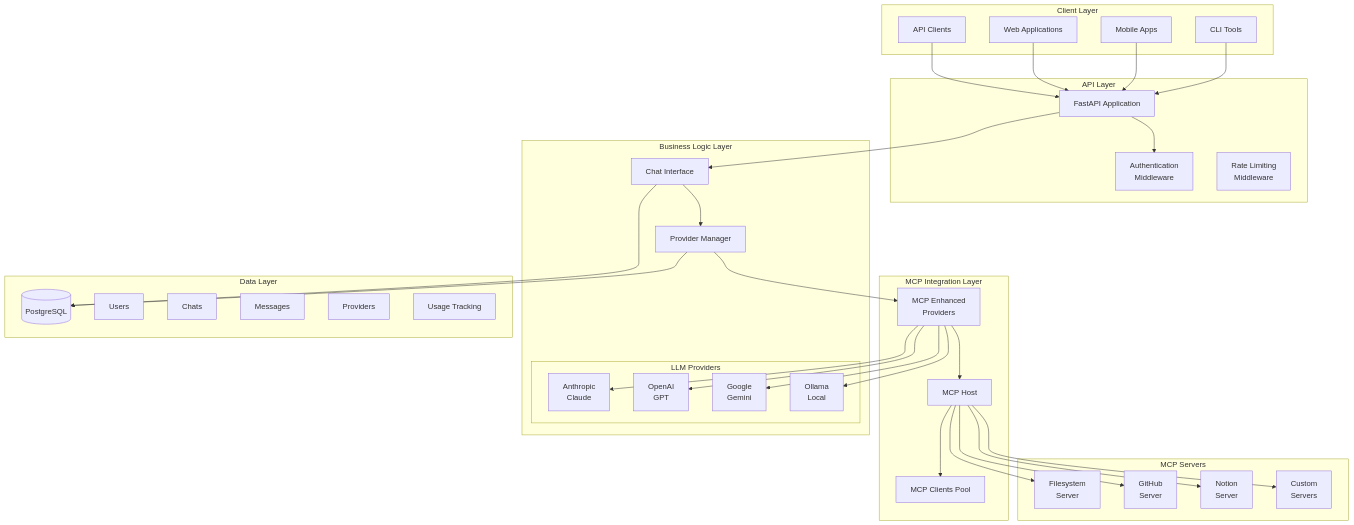
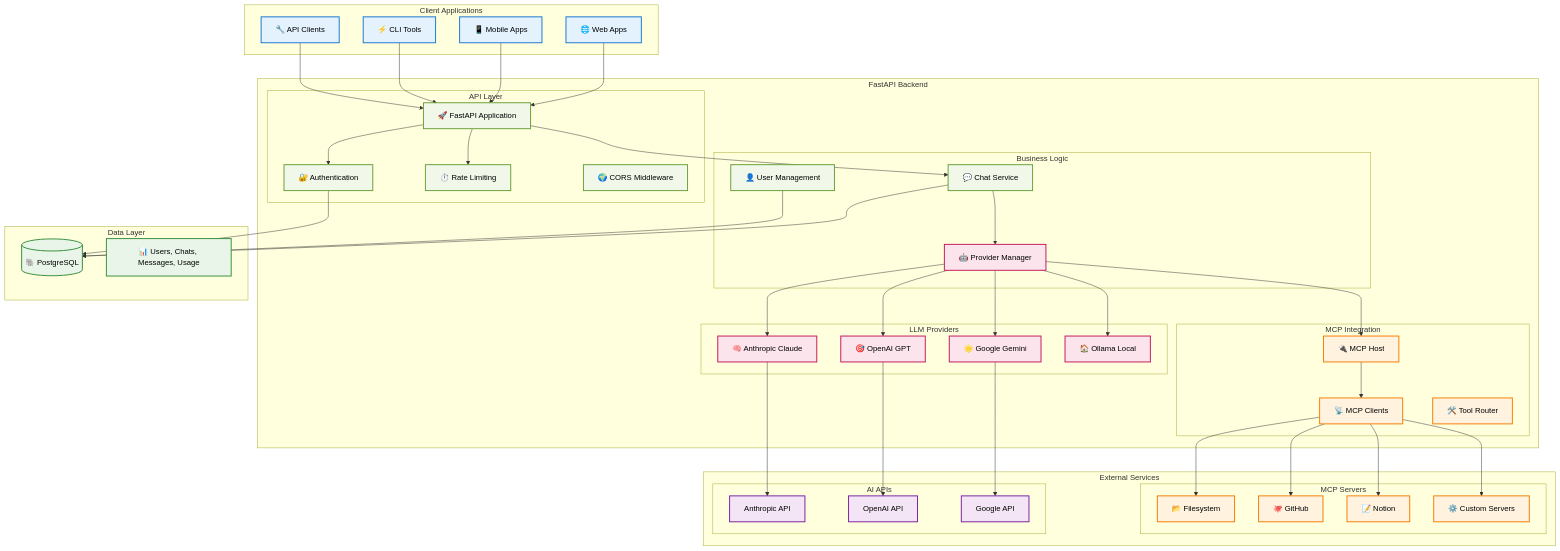
One commit to cunicopia-dev/enterprise-ai-backend changed the diagram in README.md. Above: the diagram before and after it, drawn with Mermaid. The commit also changed other lines of this file, not shown here.

````diff
--- a/README.md
+++ b/README.md
@@ -100,73 +119,108 @@
 ```mermaid
 graph TB
-    subgraph "Client Layer"
-        Client[API Clients]
-        WebApp[Web Applications]
-        Mobile[Mobile Apps]
-        CLI[CLI Tools]
+    subgraph "Client Applications"
+        WebClients[🌐 Web Apps]
+        MobileClients[📱 Mobile Apps]
+        CLIClients[⚡ CLI Tools]
+        APIClients[🔧 API Clients]
     end
     
-    subgraph "API Layer"
-        FastAPI[FastAPI Application]
-        Auth[Authentication<br/>Middleware]
-        RateLimit[Rate Limiting<br/>Middleware]
-    end
-    
-    subgraph "MCP Integration Layer"
-        MCPHost[MCP Host]
-        MCPClients[MCP Clients Pool]
-        MCPEnhanced[MCP Enhanced<br/>Providers]
+    subgraph "FastAPI Backend"
+        subgraph "API Layer"
+            FastAPI[🚀 FastAPI Application]
+            Auth[🔐 Authentication]
+            RateLimit[⏱️ Rate Limiting]
+            CORS[🌍 CORS Middleware]
+        end
         
-        MCPHost --> MCPClients
-        MCPEnhanced --> MCPHost
-    end
-    
-    subgraph "Business Logic Layer"
-        ChatInterface[Chat Interface]
-        ProviderMgr[Provider Manager]
+        subgraph "Business Logic"
+            ChatService[💬 Chat Service]
+            UserService[👤 User Management]
+            ProviderMgr[🤖 Provider Manager]
+        end
+        
+        subgraph "MCP Integration"
+            MCPHost[🔌 MCP Host]
+            MCPClients[📡 MCP Clients]
+            ToolRouter[🛠️ Tool Router]
+        end
         
         subgraph "LLM Providers"
-            Anthropic[Anthropic<br/>Claude]
-            OpenAI[OpenAI<br/>GPT]
-            Google[Google<br/>Gemini]
-            Ollama[Ollama<br/>Local]
+            Anthropic[🧠 Anthropic Claude]
+            OpenAI[🎯 OpenAI GPT]
+            Google[🌟 Google Gemini]
+            Ollama[🏠 Ollama Local]
         end
     end
     
-    subgraph "MCP Servers"
-        FileSystem[Filesystem<br/>Server]
-        GitHub[GitHub<br/>Server]
-        Notion[Notion<br/>Server]
-        Custom[Custom<br/>Servers]
+    subgraph "External Services"
+        subgraph "MCP Servers"
+            FileSystem[📂 Filesystem]
+            GitHub[🐙 GitHub]
+            Notion[📝 Notion]
+            CustomMCP[⚙️ Custom Servers]
+        end
+        
+        subgraph "AI APIs"
+            AnthropicAPI[Anthropic API]
+            OpenAIAPI[OpenAI API]
+            GoogleAPI[Google API]
+        end
     end
     
     subgraph "Data Layer"
-        PostgreSQL[(PostgreSQL)]
-        Users[Users]
-        Chats[Chats]
-        Messages[Messages]
-        Providers[Providers]
-        Usage[Usage Tracking]
+        PostgreSQL[(🐘 PostgreSQL)]
+        Tables[📊 Users, Chats, Messages, Usage]
     end
     
-    %% Connections
-    Client --> FastAPI
-    WebApp --> FastAPI
-    Mobile --> FastAPI
-    CLI --> FastAPI
+    %% Client connections
+    WebClients --> FastAPI
+    MobileClients --> FastAPI
+    CLIClients --> FastAPI
+    APIClients --> FastAPI
+    
+    %% Internal API flow
     FastAPI --> Auth
-    FastAPI --> ChatInterface
-    ChatInterface --> ProviderMgr
-    ProviderMgr --> MCPEnhanced
-    MCPEnhanced --> Anthropic
-    MCPEnhanced --> OpenAI
-    MCPEnhanced --> Google
-    MCPEnhanced --> Ollama
-    MCPHost --> FileSystem
-    MCPHost --> GitHub
-    MCPHost --> Notion
-    MCPHost --> Custom
+    FastAPI --> RateLimit
+    FastAPI --> ChatService
+    ChatService --> ProviderMgr
+    ProviderMgr --> MCPHost
     
-    ChatInterface --> PostgreSQL
-    ProviderMgr --> PostgreSQL
+    %% MCP connections
+    MCPHost --> MCPClients
+    MCPClients --> FileSystem
+    MCPClients --> GitHub
+    MCPClients --> Notion
+    MCPClients --> CustomMCP
+    
+    %% Provider connections
+    ProviderMgr --> Anthropic
+    ProviderMgr --> OpenAI
+    ProviderMgr --> Google
+    ProviderMgr --> Ollama
+    
+    %% External API connections
+    Anthropic --> AnthropicAPI
+    OpenAI --> OpenAIAPI
+    Google --> GoogleAPI
+    
+    %% Database connections
+    ChatService --> PostgreSQL
+    UserService --> PostgreSQL
+    Auth --> PostgreSQL
+    
+    %% Styling
+    classDef client fill:#e3f2fd,stroke:#1976d2,stroke-width:2px,color:#000000
+    classDef api fill:#f1f8e9,stroke:#689f38,stroke-width:2px,color:#000000
+    classDef mcp fill:#fff3e0,stroke:#f57c00,stroke-width:2px,color:#000000
+    classDef provider fill:#fce4ec,stroke:#c2185b,stroke-width:2px,color:#000000
+    classDef external fill:#f3e5f5,stroke:#7b1fa2,stroke-width:2px,color:#000000
+    classDef data fill:#e8f5e8,stroke:#388e3c,stroke-width:2px,color:#000000
+    
+    class WebClients,MobileClients,CLIClients,APIClients client
+    class FastAPI,Auth,RateLimit,CORS,ChatService,UserService api
+    class MCPHost,MCPClients,ToolRouter,FileSystem,GitHub,Notion,CustomMCP mcp
+    class ProviderMgr,Anthropic,OpenAI,Google,Ollama provider
+    class AnthropicAPI,OpenAIAPI,GoogleAPI external
+    class PostgreSQL,Tables data
 ```
````
